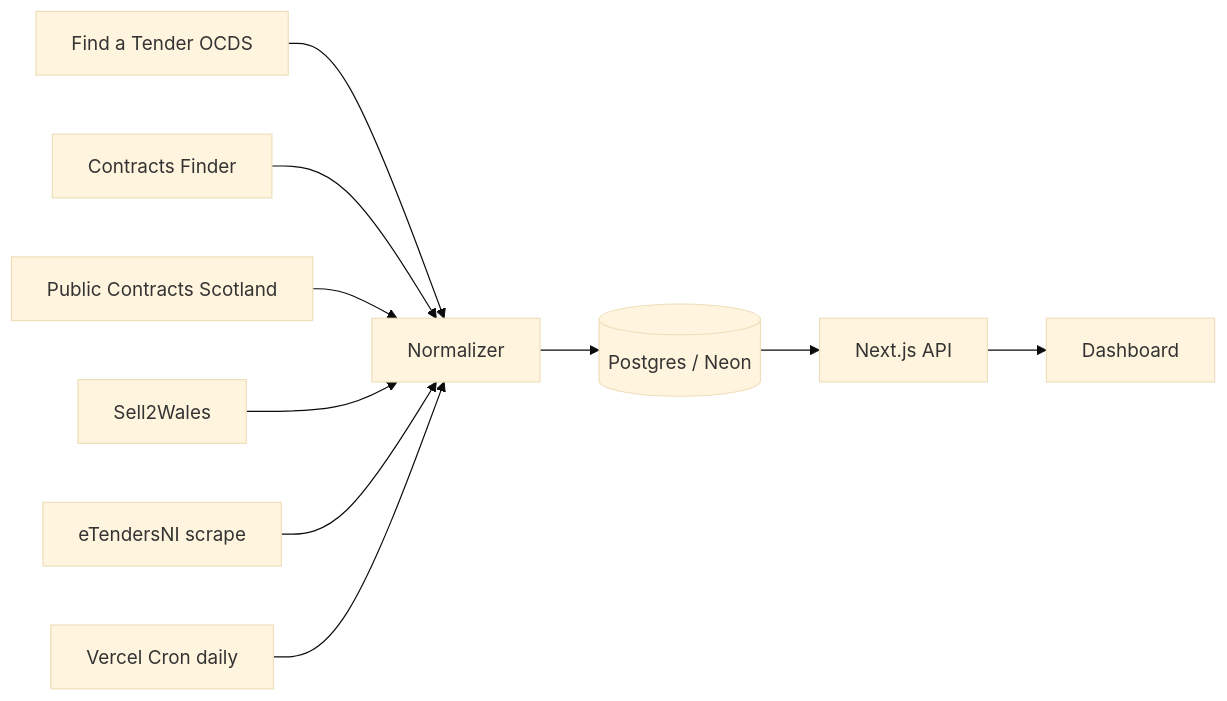
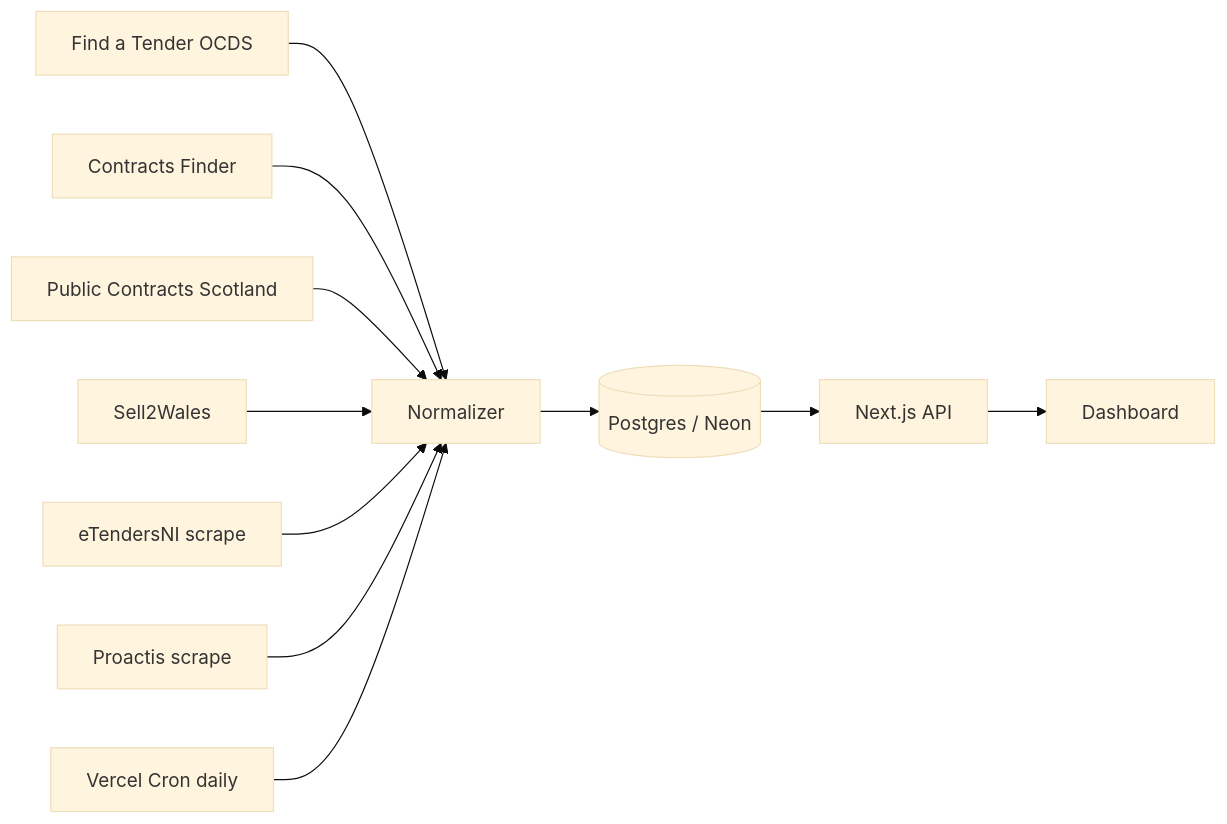
Before and after one commit to iPriyadarshi/uk-tender-aggregator: the diagram in README.md, drawn with Mermaid (base theme). The commit also changed other lines of this file and 1 other file, not shown here.

Commit message:
feat: update documentation to include Proactis scraping details in README and coverage matrix

````diff
--- a/README.md
+++ b/README.md
@@ -7,12 +7,13 @@
 ```mermaid
 flowchart LR
   FTS[Find a Tender OCDS] --> Norm[Normalizer]
   CF[Contracts Finder] --> Norm
   PCS[Public Contracts Scotland] --> Norm
   S2W[Sell2Wales] --> Norm
   NI[eTendersNI scrape] --> Norm
+  PRO[Proactis scrape] --> Norm
   Norm --> PG[(Postgres / Neon)]
   PG --> API[Next.js API]
   API --> UI[Dashboard]
   Cron[Vercel Cron daily] --> Norm
 ```
````
